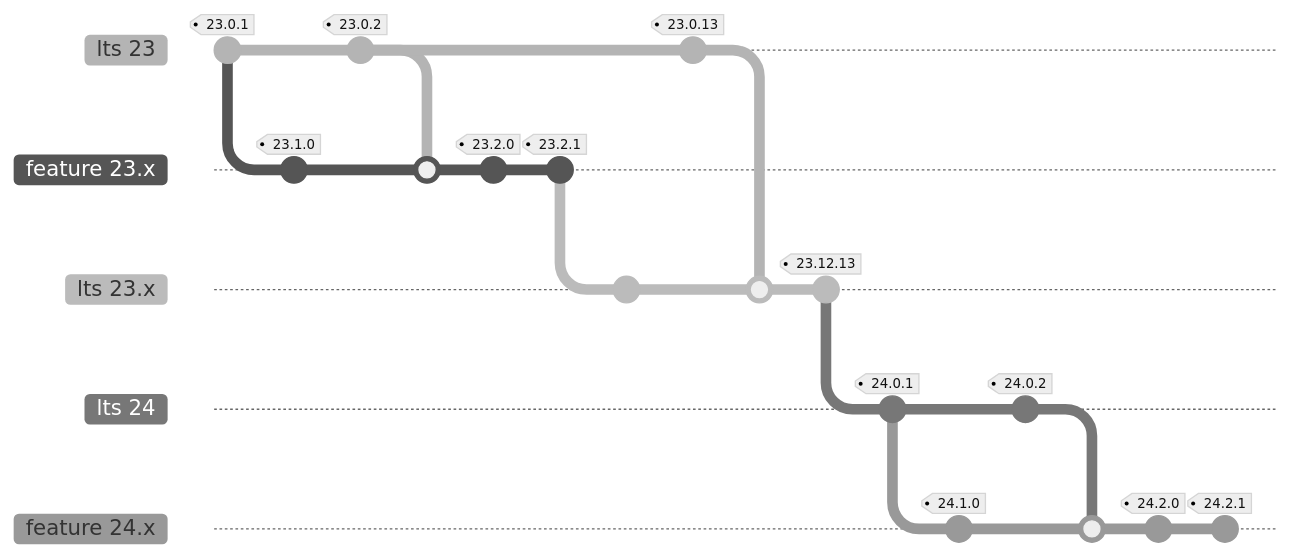
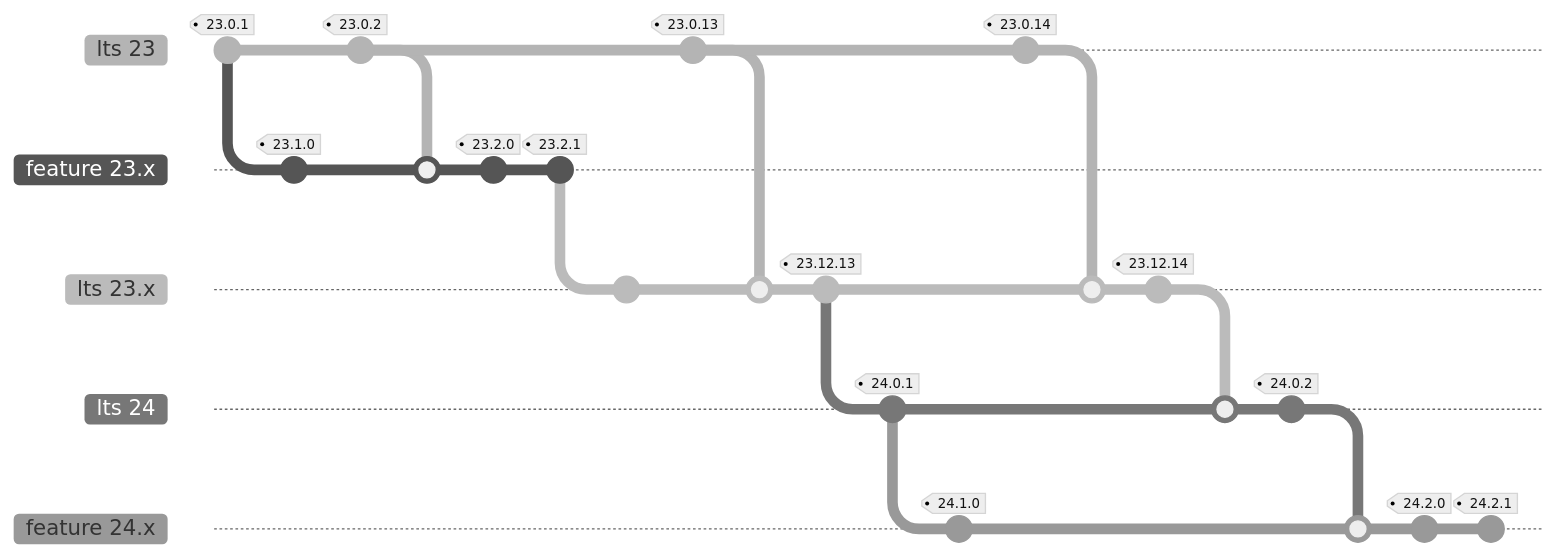
One commit to htcondor/htcondor changed the diagram in docs/version-history/introduction-version-history.rst. Above: the diagram before and after it, drawn with Mermaid (neutral theme). Commit ids are hidden.

Commit message:
HTCONDOR-3382: Refine version graph

```diff
--- a/docs/version-history/introduction-version-history.rst
+++ b/docs/version-history/introduction-version-history.rst
@@ -84,30 +84,36 @@
 .. mermaid::
 
    %%{init: { 'gitGraph': {'showCommitLabel': false, 'mainBranchName': 'lts 23'}} }%%
    gitGraph LR:
     commit tag: "23.0.1"
     branch "feature 23.x" order: 1
     commit tag: "23.1.0"
     checkout "lts 23"
     commit tag: "23.0.2"
     checkout "feature 23.x"
     merge "lts 23"
     commit tag: "23.2.0"
     commit tag: "23.2.1"
     branch "lts 23.x" order: 2
     commit
     checkout "lts 23"
     commit tag: "23.0.13"
     checkout "lts 23.x"
     merge "lts 23"
     commit tag: "23.12.13"
     branch "lts 24" order: 3
     commit tag: "24.0.1"
     branch "feature 24.x" order: 4
     commit tag: "24.1.0"
+    checkout "lts 23"
+    commit tag: "23.0.14"
+    checkout "lts 23.x"
+    merge "lts 23"
+    commit tag: "23.12.14"
     checkout "lts 24"
+    merge "lts 23.x"
     commit tag: "24.0.2"
     checkout "feature 24.x"
     merge "lts 24"
     commit tag: "24.2.0"
     commit tag: "24.2.1"
```
